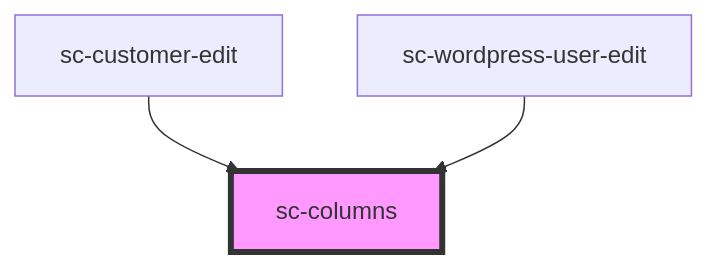
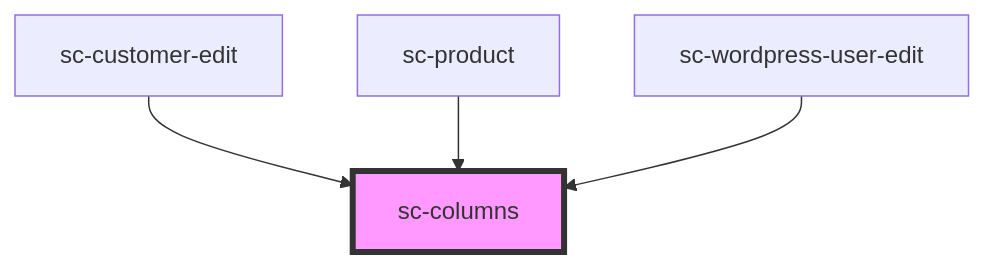
The diagram in packages/components/src/components/ui/columns/readme.md (surecart/surecart-wp-plugin), drawn with Mermaid before and after one commit. The commit also changed other lines of this file and 53 other files, not shown here.

````diff
--- a/packages/components/src/components/ui/columns/readme.md
+++ b/packages/components/src/components/ui/columns/readme.md
@@ -26,6 +27,7 @@
 ```mermaid
 graph TD;
   sc-customer-edit --> sc-columns
+  sc-product --> sc-columns
   sc-wordpress-user-edit --> sc-columns
   style sc-columns fill:#f9f,stroke:#333,stroke-width:4px
 ```
````
